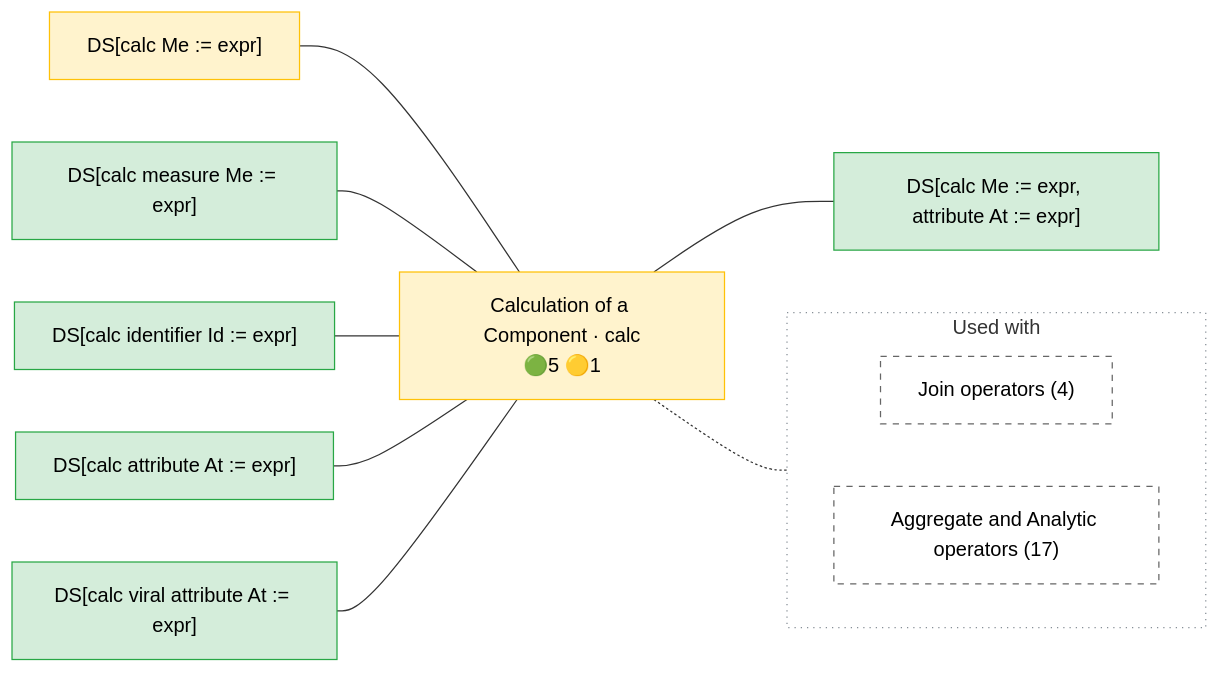
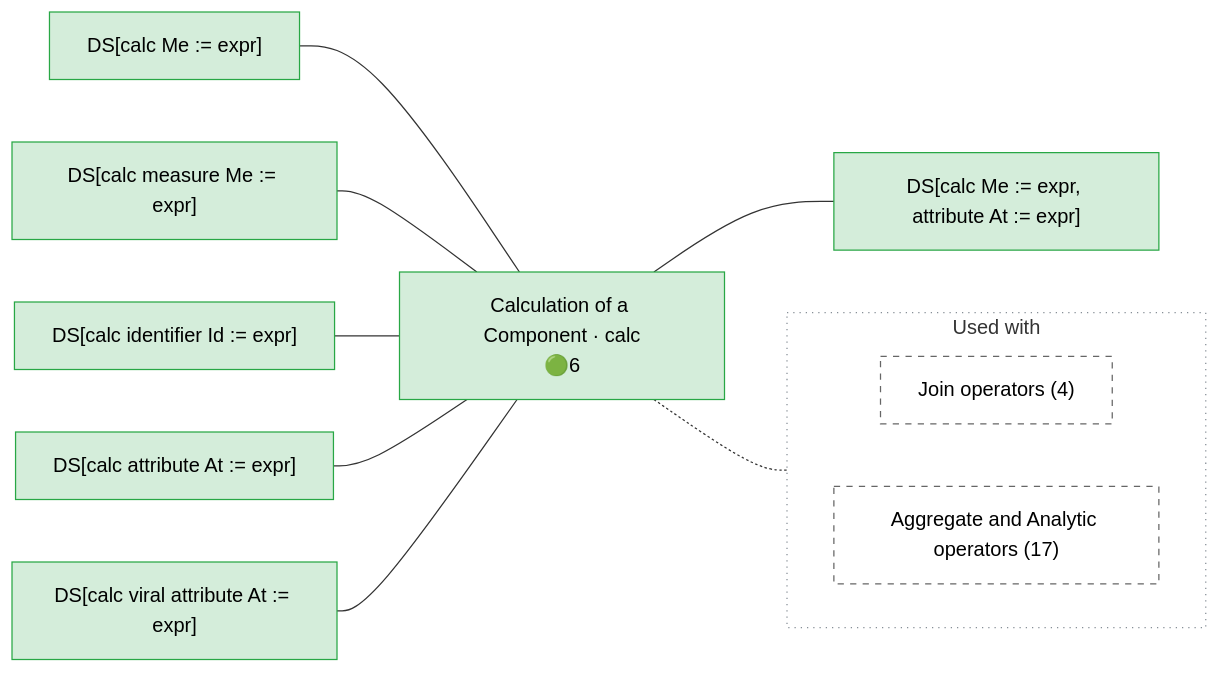
The diagram in docs/operator_map/clause/calc.rst (Meaningful-Data/vtlengine), drawn with Mermaid before and after one commit. The commit also changed other lines of this file and 175 other files, not shown here.

```diff
--- a/docs/operator_map/clause/calc.rst
+++ b/docs/operator_map/clause/calc.rst
@@ -24,39 +24,39 @@
 .. mermaid::
    :config: {"flowchart": {"useMaxWidth": false}}
 
    flowchart LR
        classDef ok fill:#d4edda,stroke:#28a745,color:#000
        classDef partial fill:#fff3cd,stroke:#ffc107,color:#000
        classDef refused fill:#d4edda,stroke:#28a745,stroke-width:3px,stroke-dasharray: 2 2,color:#000
        classDef missing fill:#f8d7da,stroke:#dc3545,color:#000
        classDef diverge fill:#cce5ff,stroke:#007bff,color:#000
        classDef block fill:#2b3a4a,stroke:#2b3a4a,color:#fff,font-weight:bold
        classDef ext fill:#fff,stroke:#666,color:#000,stroke-dasharray: 5 5
-       O["Calculation of a Component · calc<br/>🟢5 🟡1"]:::partial
-       v_measure_default["DS#91;calc Me #58;#61; expr#93;"]:::partial
+       O["Calculation of a Component · calc<br/>🟢6"]:::ok
+       v_measure_default["DS#91;calc Me #58;#61; expr#93;"]:::ok
        v_measure_explicit["DS#91;calc measure Me #58;#61; expr#93;"]:::ok
        v_identifier["DS#91;calc identifier Id #58;#61; expr#93;"]:::ok
        v_attribute["DS#91;calc attribute At #58;#61; expr#93;"]:::ok
        v_viral_attribute["DS#91;calc viral attribute At #58;#61; expr#93;"]:::ok
        v_multiple["DS#91;calc Me #58;#61; expr, attribute At #58;#61; expr#93;"]:::ok
        subgraph G_use["Used with"]
            direction LR
            used__join["Join operators (4)"]:::ext
            used__aggregate["Aggregate and Analytic operators (17)"]:::ext
        end
        v_measure_default --- O
        v_measure_explicit --- O
        v_identifier --- O
        v_attribute --- O
        v_viral_attribute --- O
        O --- v_multiple
        O -.- G_use
        style G_use fill:#ffffff,stroke:#868e96,stroke-width:1px,stroke-dasharray: 1 4
        click v_measure_default href "#form-measure-default"
        click v_measure_explicit href "#form-measure-explicit"
        click v_identifier href "#form-identifier"
        click v_attribute href "#form-attribute"
        click v_viral_attribute href "#form-viral-attribute"
        click v_multiple href "#form-multiple"
        click used__join href "../join/index.html"
        click used__aggregate href "../aggregate/index.html"
```
